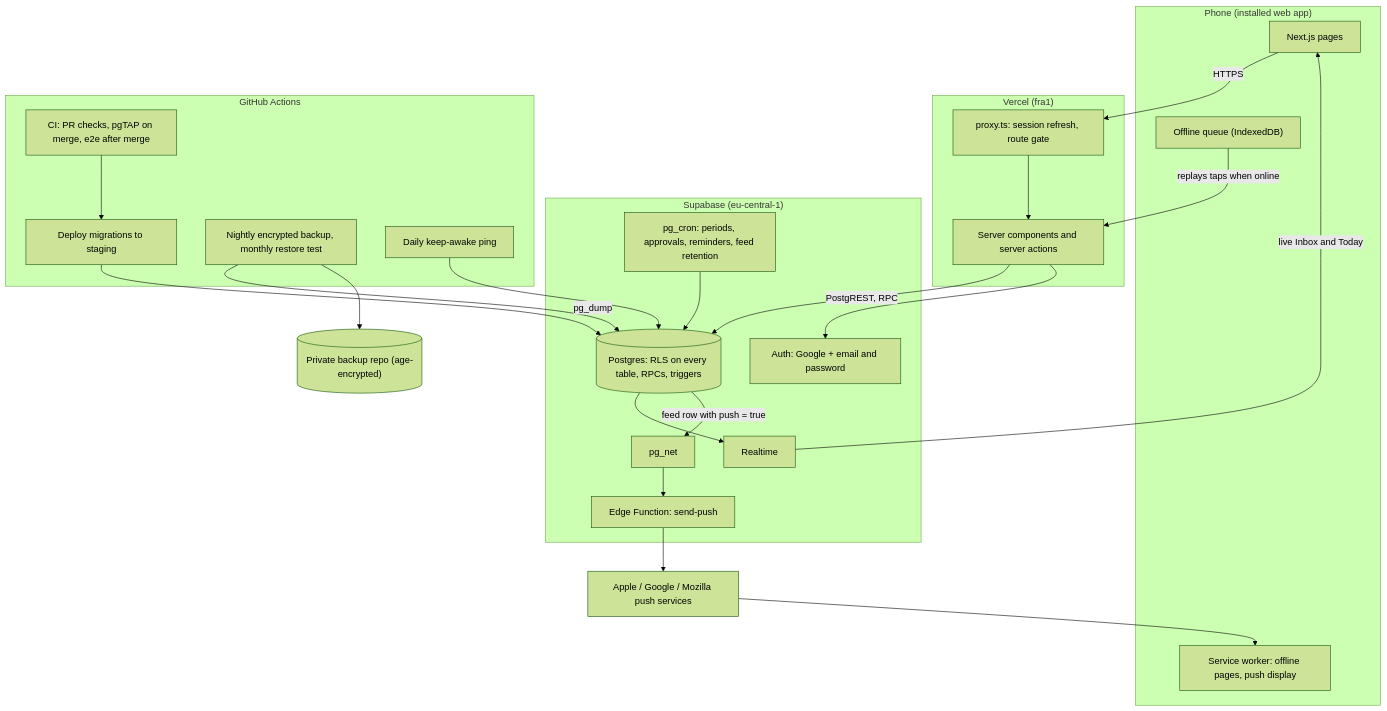
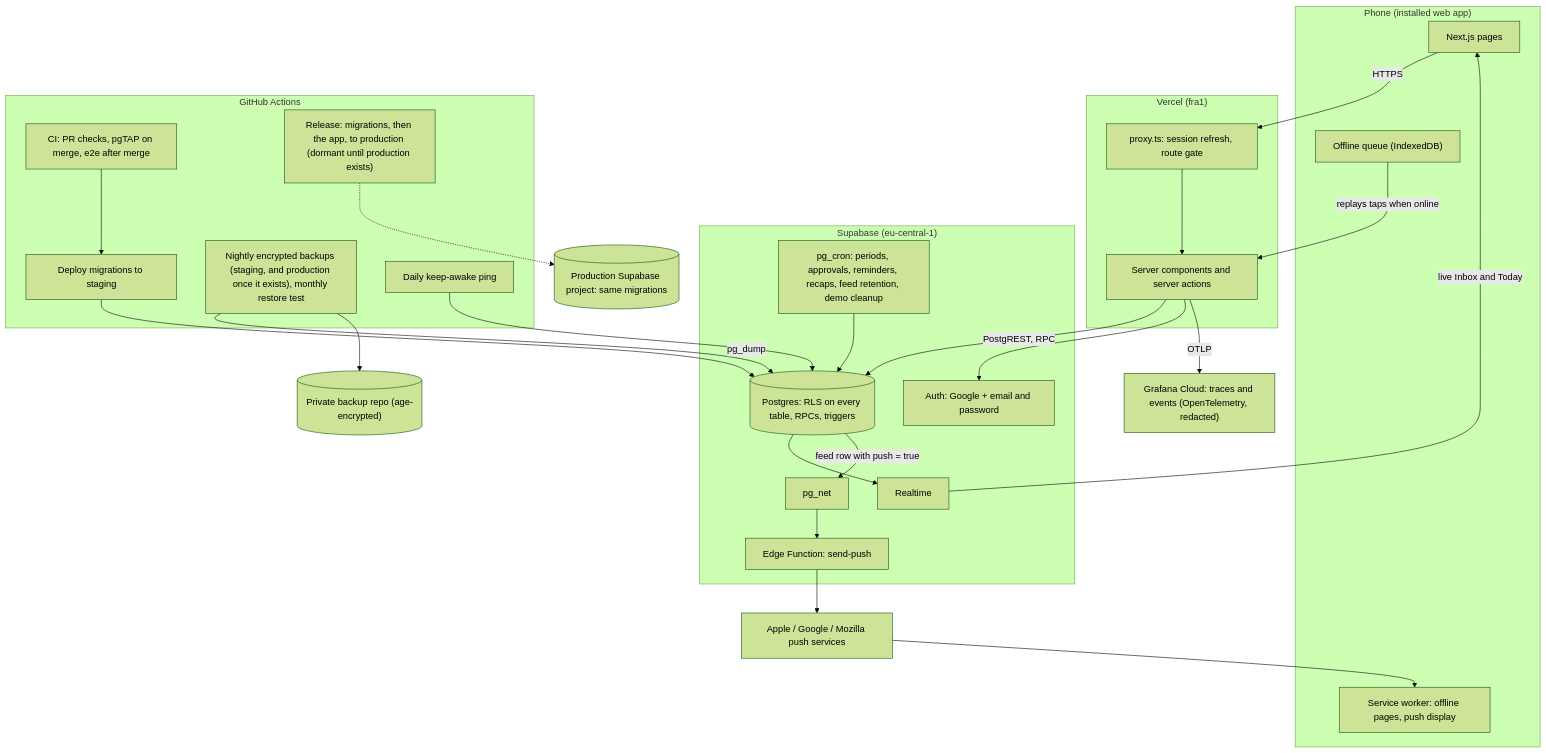
The first of 4 diagrams in docs/architecture.md (naum-4ik/keepup), drawn with Mermaid (forest theme) before and after one commit. The commit also changed other lines of this file and 2 other files, not shown here.

First line of the commit message:
docs: README v1 — proof first, with a demo and real test counts (#172)

````diff
--- a/docs/architecture.md
+++ b/docs/architecture.md
@@ -7,39 +7,43 @@
 ```mermaid
 flowchart TB
     subgraph Phone["Phone (installed web app)"]
         UI["Next.js pages"]
         SW["Service worker: offline pages, push display"]
         Q["Offline queue (IndexedDB)"]
     end
     subgraph Vercel["Vercel (fra1)"]
         Proxy["proxy.ts: session refresh, route gate"]
         Fn["Server components and server actions"]
     end
     subgraph Supabase["Supabase (eu-central-1)"]
         Auth["Auth: Google + email and password"]
         PG[("Postgres: RLS on every table, RPCs, triggers")]
         RT["Realtime"]
-        Cron["pg_cron: periods, approvals, reminders, feed retention"]
+        Cron["pg_cron: periods, approvals, reminders, recaps, feed retention, demo cleanup"]
         Net["pg_net"]
         Push["Edge Function: send-push"]
     end
     PushSvc["Apple / Google / Mozilla push services"]
     subgraph GitHub["GitHub Actions"]
         CI["CI: PR checks, pgTAP on merge, e2e after merge"]
         Deploy["Deploy migrations to staging"]
-        Backup["Nightly encrypted backup, monthly restore test"]
+        Release["Release: migrations, then the app, to production (dormant until production exists)"]
+        Backup["Nightly encrypted backups (staging, and production once it exists), monthly restore test"]
         Keep["Daily keep-awake ping"]
     end
     Vault[("Private backup repo (age-encrypted)")]
+    Grafana["Grafana Cloud: traces and events (OpenTelemetry, redacted)"]
 
     UI -->|HTTPS| Proxy --> Fn -->|PostgREST, RPC| PG
     Fn --> Auth
     Q -->|replays taps when online| Fn
     PG --> RT -->|live Inbox and Today| UI
     Cron --> PG
     PG -->|feed row with push = true| Net --> Push --> PushSvc --> SW
     CI --> Deploy --> PG
+    Release -.-> ProdDB[("Production Supabase project: same migrations")]
+    Fn -->|OTLP| Grafana
     Backup -->|pg_dump| PG
     Backup --> Vault
     Keep --> PG
 ```
````
